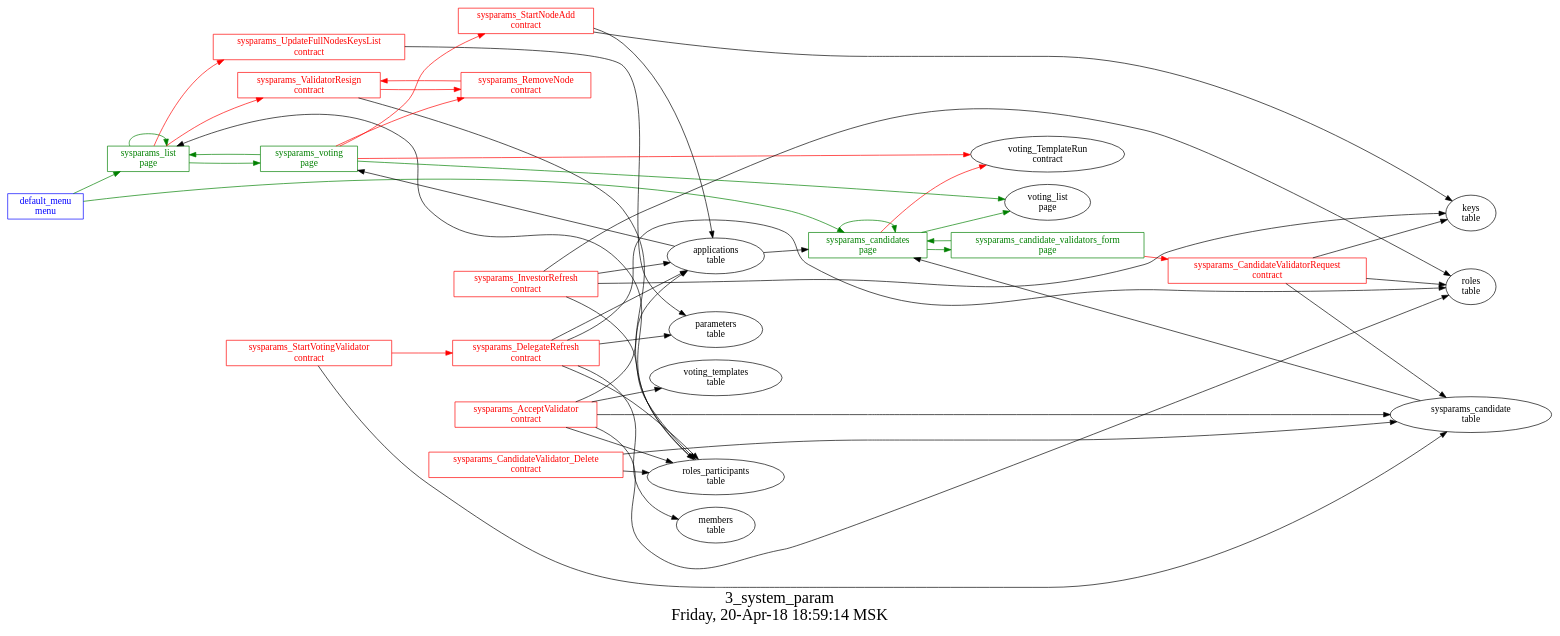
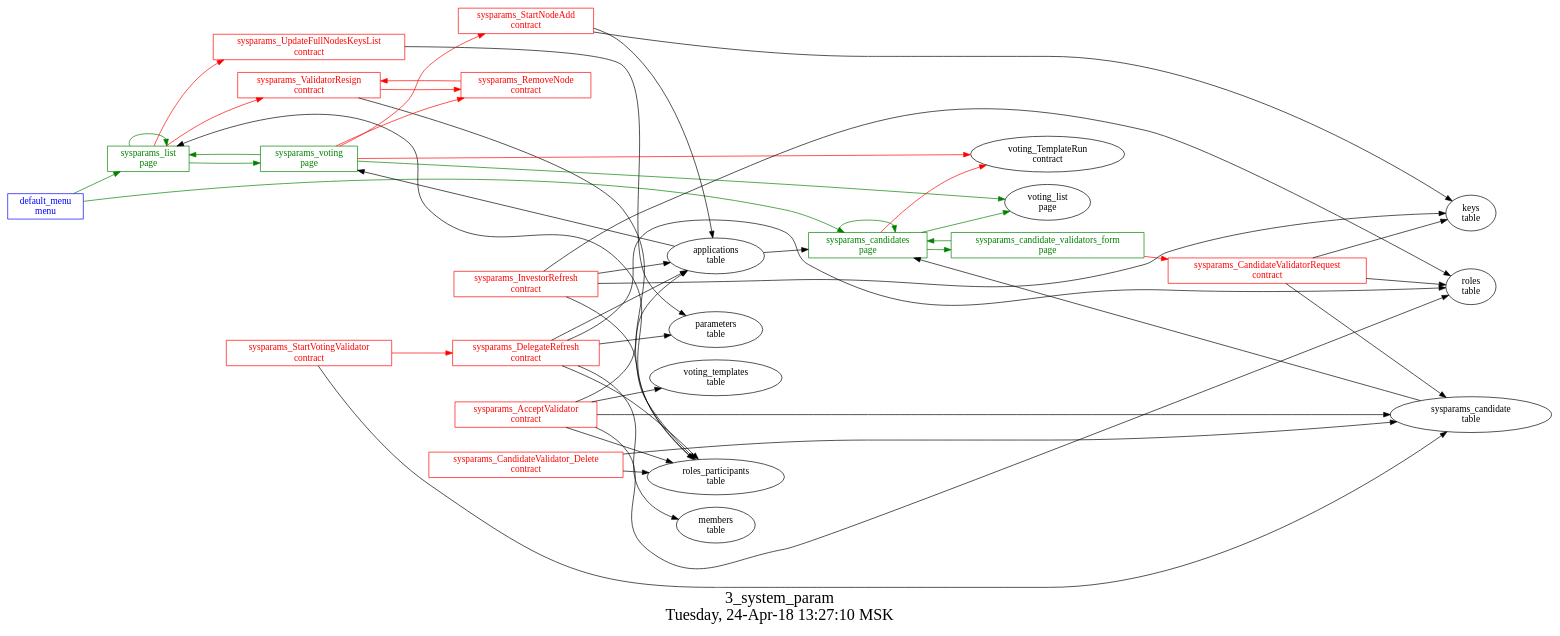
The diagram in src/basic/3_system_params/struct.dot (AplaProject/apps), drawn with Graphviz before and after one commit. The commit also changed 31 other files, not shown here.

```diff
--- a/src/basic/3_system_params/struct.dot
+++ b/src/basic/3_system_params/struct.dot
@@ -1,74 +1,74 @@
 digraph G {
 graph [
   fontsize="24";
-  label="3_system_param\nFriday, 20-Apr-18 18:59:14 MSK";
+  label="3_system_param\nTuesday, 24-Apr-18 13:27:10 MSK";
   nojustify=true;
   ordering=out;
   rankdir=LR;
   size="30";
 ];
 "default_menu\nmenu" -> "sysparams_list\npage"  [ color=green ]
 "default_menu\nmenu" -> "sysparams_candidates\npage"  [ color=green ]
 "default_menu\nmenu" [color=blue, fontcolor=blue, group=menus, shape=record];
 "sysparams_candidate_validators_form\npage" -> "sysparams_CandidateValidatorRequest\ncontract"  [ color=red ]
 "sysparams_candidate_validators_form\npage" -> "sysparams_candidates\npage"  [ color=green ]
 "sysparams_candidate_validators_form\npage" [color=green, fontcolor=green, group=pages, shape=record];
 "sysparams_candidates\npage" -> "voting_TemplateRun\ncontract"  [ color=red ]
 "applications\ntable" -> "sysparams_candidates\npage"  [ color="" ]
 "sysparams_candidate\ntable" -> "sysparams_candidates\npage"  [ color="" ]
 "sysparams_candidates\npage" -> "voting_list\npage"  [ color=green ]
 "sysparams_candidates\npage" -> "sysparams_candidates\npage"  [ color=green ]
 "sysparams_candidates\npage" -> "sysparams_candidate_validators_form\npage"  [ color=green ]
 "sysparams_candidates\npage" [color=green, fontcolor=green, group=pages, shape=record];
 "sysparams_list\npage" -> "sysparams_UpdateFullNodesKeysList\ncontract"  [ color=red ]
 "sysparams_list\npage" -> "sysparams_ValidatorResign\ncontract"  [ color=red ]
 "roles_participants\ntable" -> "sysparams_list\npage"  [ color="" ]
 "sysparams_list\npage" -> "sysparams_voting\npage"  [ color=green ]
 "sysparams_list\npage" -> "sysparams_list\npage"  [ color=green ]
 "sysparams_list\npage" [color=green, fontcolor=green, group=pages, shape=record];
 "sysparams_voting\npage" -> "sysparams_StartNodeAdd\ncontract"  [ color=red ]
 "sysparams_voting\npage" -> "sysparams_RemoveNode\ncontract"  [ color=red ]
 "sysparams_voting\npage" -> "voting_TemplateRun\ncontract"  [ color=red ]
 "applications\ntable" -> "sysparams_voting\npage"  [ color="" ]
 "sysparams_voting\npage" -> "sysparams_list\npage"  [ color=green ]
 "sysparams_voting\npage" -> "voting_list\npage"  [ color=green ]
 "sysparams_voting\npage" [color=green, fontcolor=green, group=pages, shape=record];
 "sysparams_AcceptValidator\ncontract" -> "applications\ntable"  [ color="" ]
 "sysparams_AcceptValidator\ncontract" -> "voting_templates\ntable"  [ color="" ]
 "sysparams_AcceptValidator\ncontract" -> "sysparams_candidate\ntable"  [ color="" ]
 "sysparams_AcceptValidator\ncontract" -> "roles_participants\ntable"  [ color="" ]
 "sysparams_AcceptValidator\ncontract" -> "roles\ntable"  [ color="" ]
 "sysparams_AcceptValidator\ncontract" [color=red, fontcolor=red, group=contracts, shape=record];
 "sysparams_CandidateValidatorRequest\ncontract" -> "keys\ntable"  [ color="" ]
 "sysparams_CandidateValidatorRequest\ncontract" -> "roles\ntable"  [ color="" ]
 "sysparams_CandidateValidatorRequest\ncontract" -> "sysparams_candidate\ntable"  [ color="" ]
 "sysparams_CandidateValidatorRequest\ncontract" [color=red, fontcolor=red, group=contracts, shape=record];
 "sysparams_CandidateValidator_Delete\ncontract" -> "sysparams_candidate\ntable"  [ color="" ]
 "sysparams_CandidateValidator_Delete\ncontract" -> "roles_participants\ntable"  [ color="" ]
 "sysparams_CandidateValidator_Delete\ncontract" [color=red, fontcolor=red, group=contracts, shape=record];
 "sysparams_DelegateRefresh\ncontract" -> "roles\ntable"  [ color="" ]
 "sysparams_DelegateRefresh\ncontract" -> "applications\ntable"  [ color="" ]
 "sysparams_DelegateRefresh\ncontract" -> "parameters\ntable"  [ color="" ]
 "sysparams_DelegateRefresh\ncontract" -> "roles_participants\ntable"  [ color="" ]
 "sysparams_DelegateRefresh\ncontract" -> "members\ntable"  [ color="" ]
 "sysparams_DelegateRefresh\ncontract" [color=red, fontcolor=red, group=contracts, shape=record];
 "sysparams_InvestorRefresh\ncontract" -> "roles\ntable"  [ color="" ]
 "sysparams_InvestorRefresh\ncontract" -> "applications\ntable"  [ color="" ]
 "sysparams_InvestorRefresh\ncontract" -> "keys\ntable"  [ color="" ]
 "sysparams_InvestorRefresh\ncontract" -> "roles_participants\ntable"  [ color="" ]
 "sysparams_InvestorRefresh\ncontract" [color=red, fontcolor=red, group=contracts, shape=record];
 "sysparams_RemoveNode\ncontract" -> "sysparams_ValidatorResign\ncontract"  [ color=red ]
 "sysparams_RemoveNode\ncontract" [color=red, fontcolor=red, group=contracts, shape=record];
 "sysparams_StartNodeAdd\ncontract" -> "keys\ntable"  [ color="" ]
 "sysparams_StartNodeAdd\ncontract" -> "applications\ntable"  [ color="" ]
 "sysparams_StartNodeAdd\ncontract" [color=red, fontcolor=red, group=contracts, shape=record];
 "sysparams_StartVotingValidator\ncontract" -> "sysparams_DelegateRefresh\ncontract"  [ color=red ]
 "sysparams_StartVotingValidator\ncontract" -> "sysparams_candidate\ntable"  [ color="" ]
 "sysparams_StartVotingValidator\ncontract" [color=red, fontcolor=red, group=contracts, shape=record];
 "sysparams_UpdateFullNodesKeysList\ncontract" -> "parameters\ntable"  [ color="" ]
 "sysparams_UpdateFullNodesKeysList\ncontract" [color=red, fontcolor=red, group=contracts, shape=record];
 "sysparams_ValidatorResign\ncontract" -> "sysparams_RemoveNode\ncontract"  [ color=red ]
 "sysparams_ValidatorResign\ncontract" -> "roles_participants\ntable"  [ color="" ]
 "sysparams_ValidatorResign\ncontract" [color=red, fontcolor=red, group=contracts, shape=record];
 "sysparams_candidate\ntable" [color="", fontcolor="", group=tables, shape=""];
 }
```
